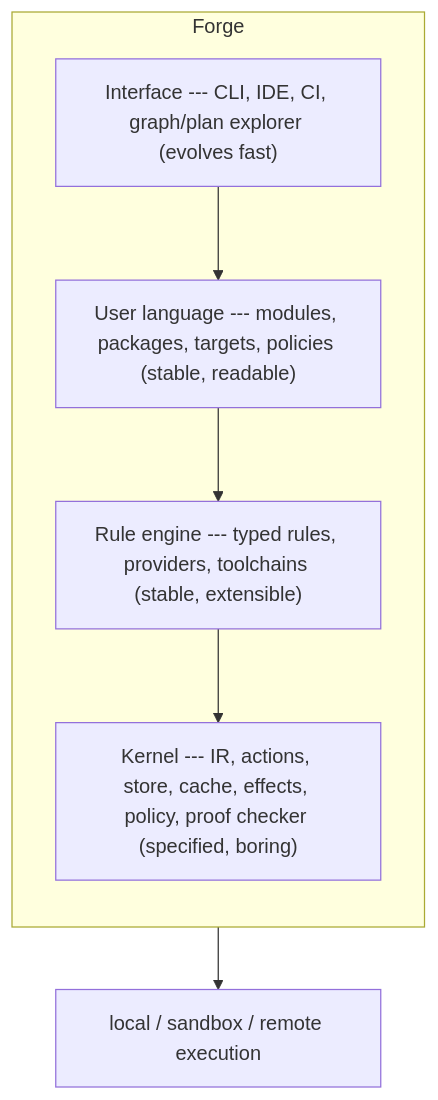
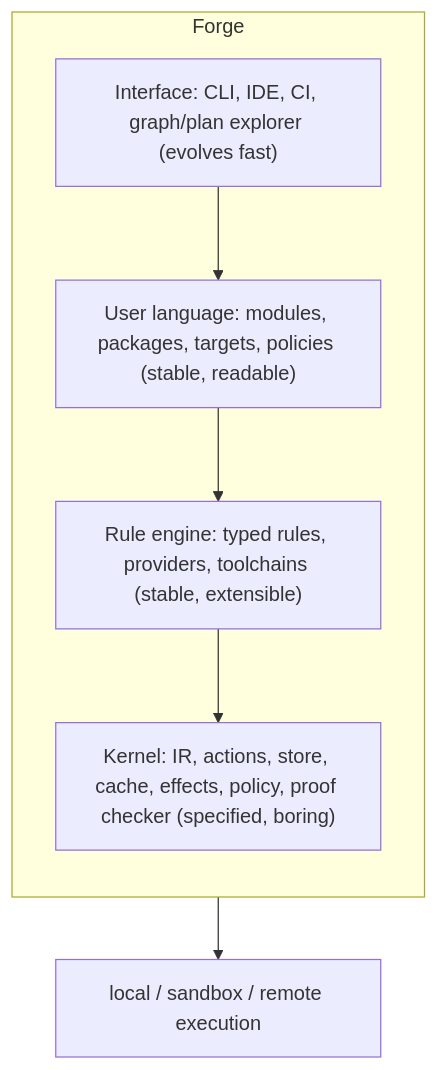
Before and after one commit to NotAShelf/notashelf.dev: the second of 5 diagrams in content/posts/who-builds-the-builder.md, drawn with Mermaid. The commit also changed other lines of this file, not shown here.

````diff
--- a/content/posts/who-builds-the-builder.md
+++ b/content/posts/who-builds-the-builder.md
@@ -474,16 +475,16 @@
 ```mermaid
 flowchart TD
     subgraph forge["Forge"]
         direction TB
-        ui["Interface --- CLI, IDE, CI, graph/plan explorer (evolves fast)"]
-        lang["User language --- modules, packages, targets, policies (stable, readable)"]
-        rules["Rule engine --- typed rules, providers, toolchains (stable, extensible)"]
-        kernel["Kernel --- IR, actions, store, cache, effects, policy, proof checker (specified, boring)"]
+        ui["Interface: CLI, IDE, CI, graph/plan explorer (evolves fast)"]
+        lang["User language: modules, packages, targets, policies (stable, readable)"]
+        rules["Rule engine: typed rules, providers, toolchains (stable, extensible)"]
+        kernel["Kernel: IR, actions, store, cache, effects, policy, proof checker (specified, boring)"]
 
         ui --> lang
         lang --> rules
         rules --> kernel
     end
 
     kernel --> exec["local / sandbox / remote execution"]
 ```
````
